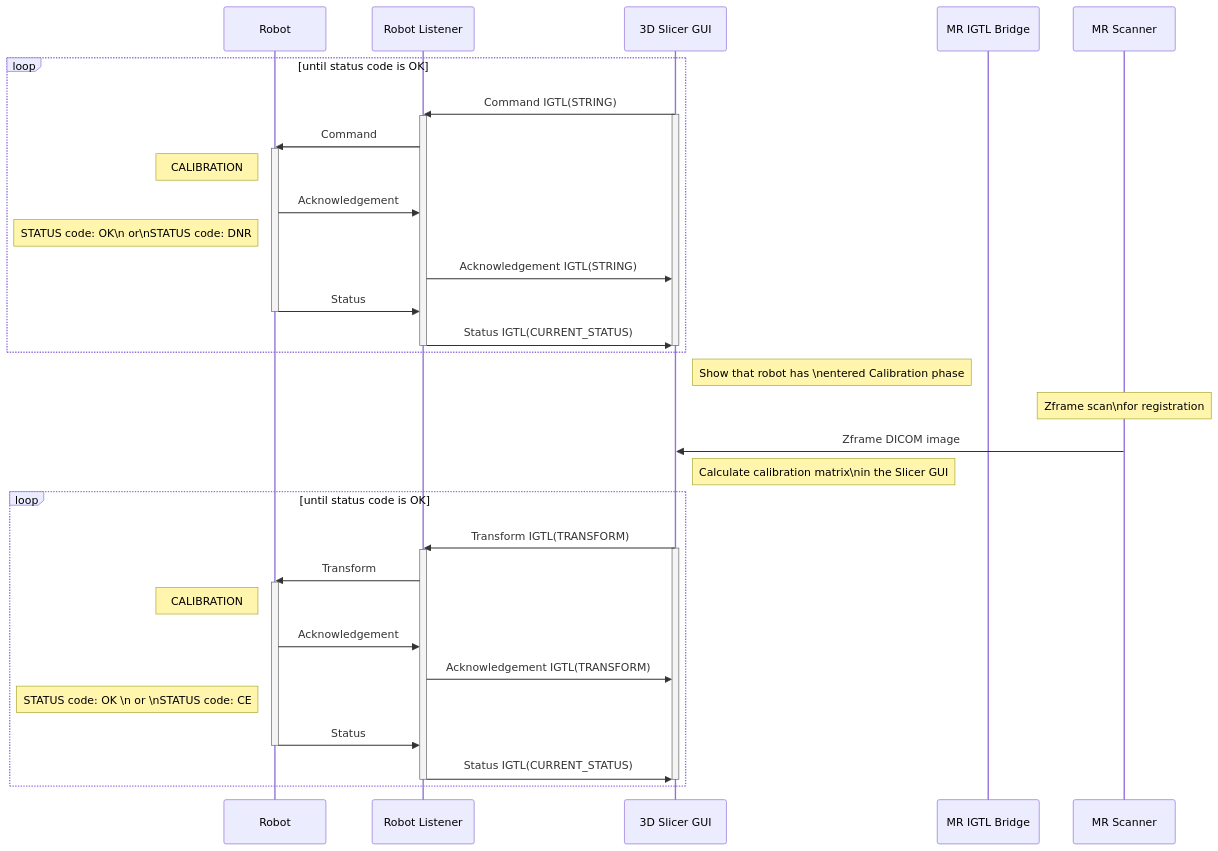
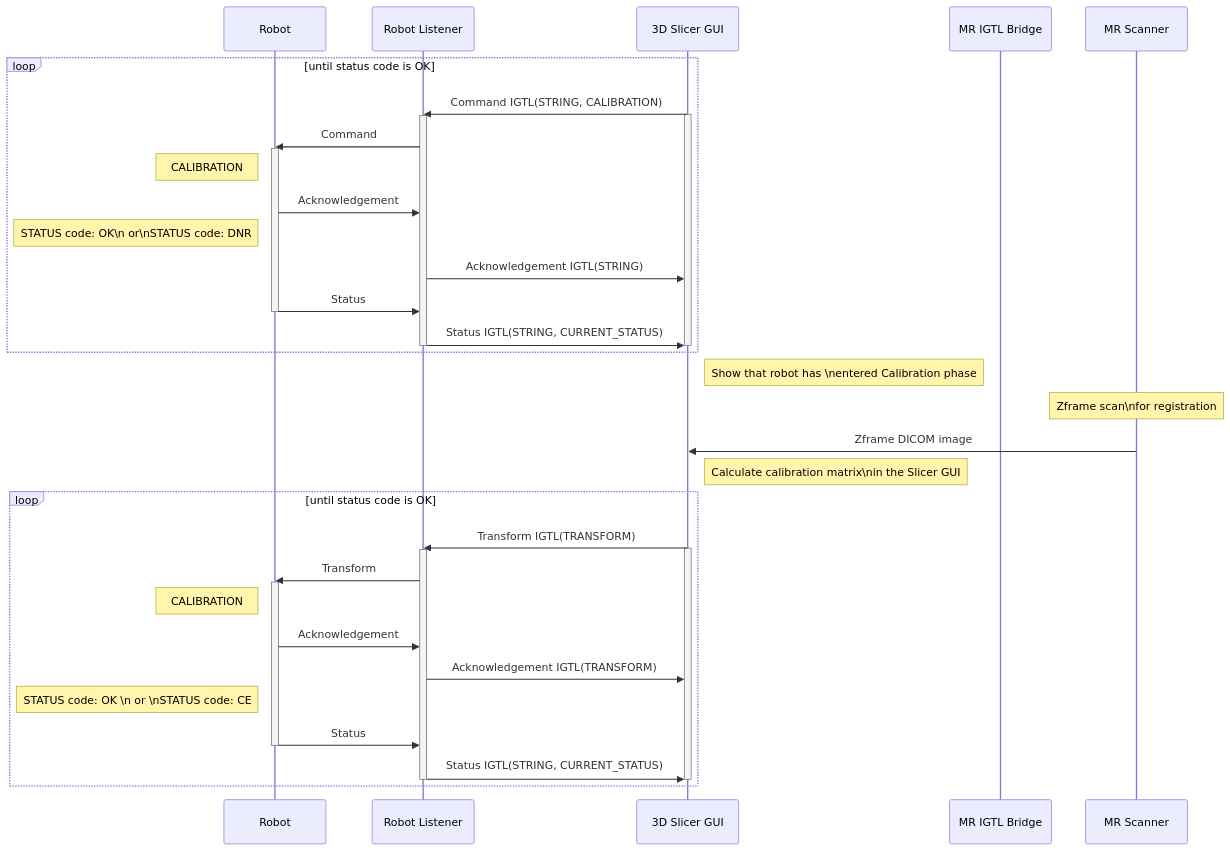
Before and after one commit to ProstateBRP/BRPRobot2021: the second of 5 diagrams in README.md, drawn with Mermaid. The commit also changed other lines of this file, not shown here.

````diff
--- a/README.md
+++ b/README.md
@@ -61,48 +61,48 @@
 ```mermaid
 sequenceDiagram
 
 participant R as Robot
 participant RL as Robot Listener
 participant SGUI as 3D Slicer GUI
 participant MRIGTL  as MR IGTL Bridge
 participant MRS as MR Scanner
 
 
 loop until status code is OK
-SGUI->>RL:Command IGTL(STRING)
+SGUI->>RL:Command IGTL(STRING, CALIBRATION)
 activate SGUI
 activate RL
 RL->>R:Command
 activate R
 note left of R:CALIBRATION
 R->>RL:Acknowledgement
 note left of R:STATUS code: OK\n              or\nSTATUS code: DNR
 RL->>SGUI:Acknowledgement IGTL(STRING)
 R->>RL:Status
 deactivate R
-RL->>SGUI:Status IGTL(CURRENT_STATUS)
+RL->>SGUI:Status IGTL(STRING, CURRENT_STATUS)
 deactivate SGUI
 deactivate RL
 end
 note right of SGUI:Show that robot has \nentered Calibration phase
 note over MRS:Zframe scan\nfor registration
 MRS->>SGUI:Zframe DICOM image
 note right of SGUI:Calculate calibration matrix\nin the Slicer GUI
 loop until status code is OK
 SGUI->>RL:Transform IGTL(TRANSFORM)
 activate SGUI
 activate RL
 RL->>R:Transform
 activate R
 note left of R:CALIBRATION
 R->>RL:Acknowledgement
 RL->>SGUI:Acknowledgement IGTL(TRANSFORM)
 note left of R:STATUS code: OK \n              or \nSTATUS code: CE
 R->>RL:Status
 deactivate R
-RL->>SGUI:Status IGTL(CURRENT_STATUS)
+RL->>SGUI:Status IGTL(STRING, CURRENT_STATUS)
 deactivate SGUI
 deactivate RL
 
 end
 ```
````
